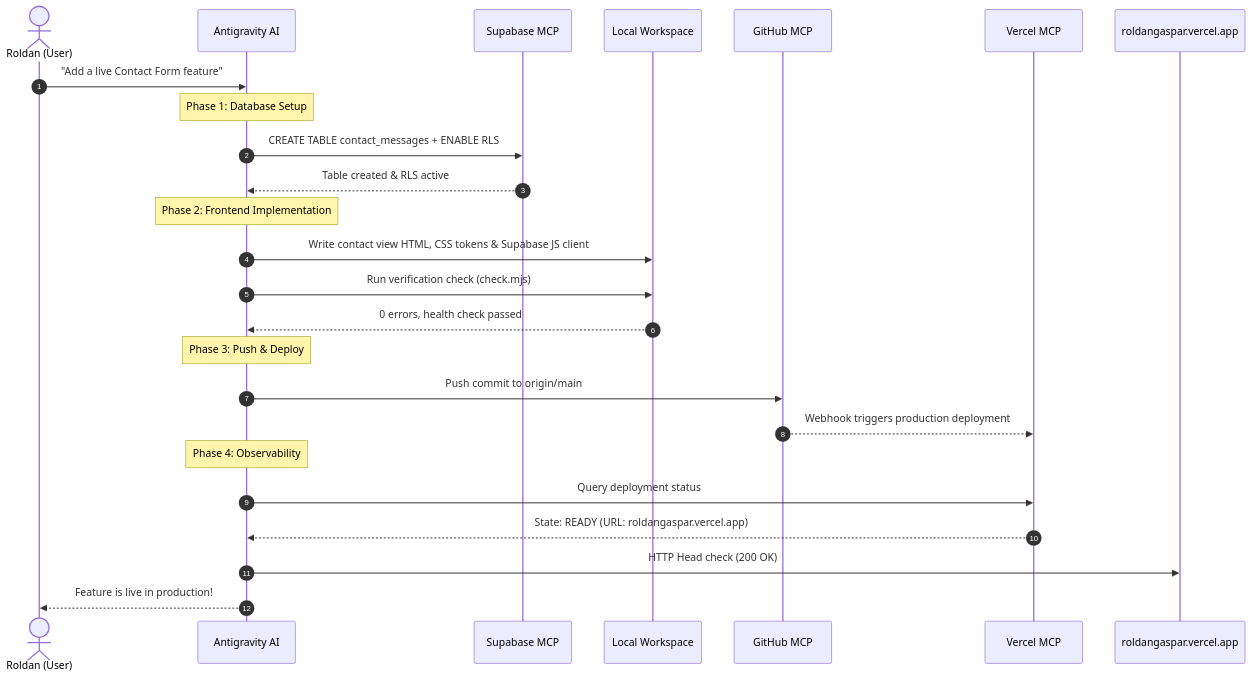
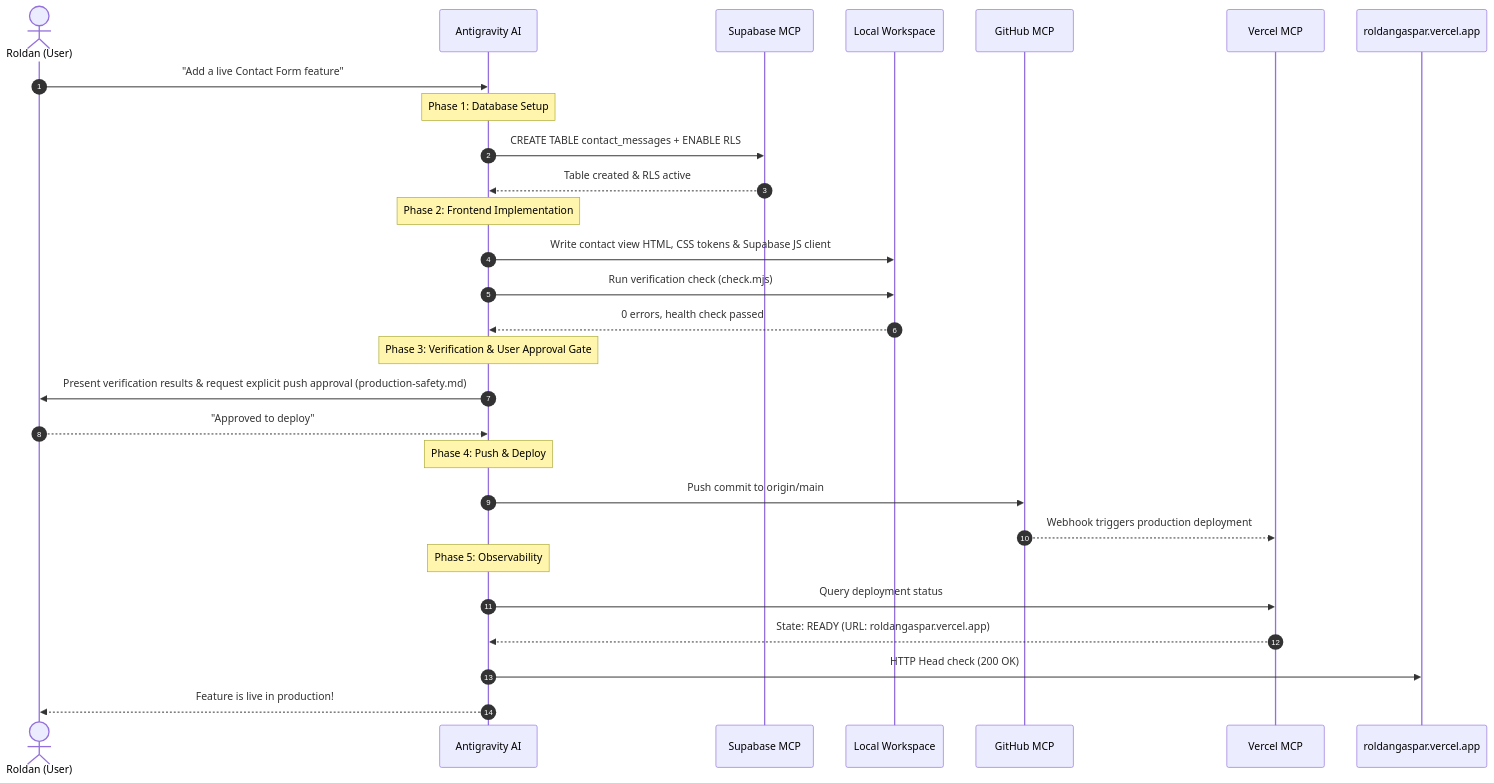
Before and after one commit to RoldanGaspar/Portfolio_Brylim_inspo: the second of 2 diagrams in .agents/context/PIPELINE_WORKFLOW.md, drawn with Mermaid. The commit also changed other lines of this file and 21 other files, not shown here.

Commit message:
fix(audit): resolve 12 documentation, accessibility, and schema findings

````diff
--- a/.agents/context/PIPELINE_WORKFLOW.md
+++ b/.agents/context/PIPELINE_WORKFLOW.md
@@ -78,31 +81,35 @@
 ```mermaid
 sequenceDiagram
     autonumber
     actor Dev as Roldan (User)
     participant Agent as Antigravity AI
     participant Supa as Supabase MCP
     participant Local as Local Workspace
     participant Git as GitHub MCP
     participant Vercel as Vercel MCP
     participant Live as roldangaspar.vercel.app
 
     Dev->>Agent: "Add a live Contact Form feature"
     Note over Agent: Phase 1: Database Setup
     Agent->>Supa: CREATE TABLE contact_messages + ENABLE RLS
     Supa-->>Agent: Table created & RLS active
 
     Note over Agent: Phase 2: Frontend Implementation
     Agent->>Local: Write contact view HTML, CSS tokens & Supabase JS client
     Agent->>Local: Run verification check (check.mjs)
     Local-->>Agent: 0 errors, health check passed
 
-    Note over Agent: Phase 3: Push & Deploy
+    Note over Agent: Phase 3: Verification & User Approval Gate
+    Agent->>Dev: Present verification results & request explicit push approval (production-safety.md)
+    Dev-->>Agent: "Approved to deploy"
+
+    Note over Agent: Phase 4: Push & Deploy
     Agent->>Git: Push commit to origin/main
     Git-->>Vercel: Webhook triggers production deployment
 
-    Note over Agent: Phase 4: Observability
+    Note over Agent: Phase 5: Observability
     Agent->>Vercel: Query deployment status
     Vercel-->>Agent: State: READY (URL: roldangaspar.vercel.app)
     Agent->>Live: HTTP Head check (200 OK)
     Agent-->>Dev: Feature is live in production!
 ```
````
